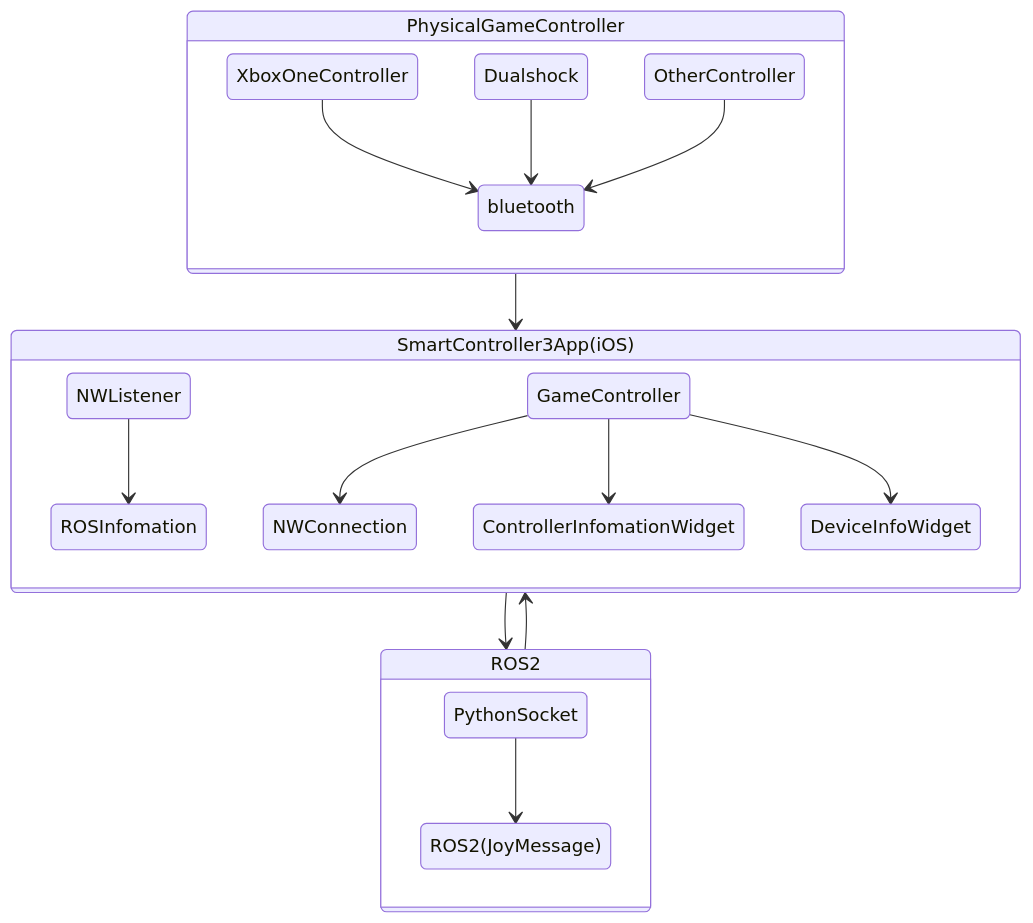
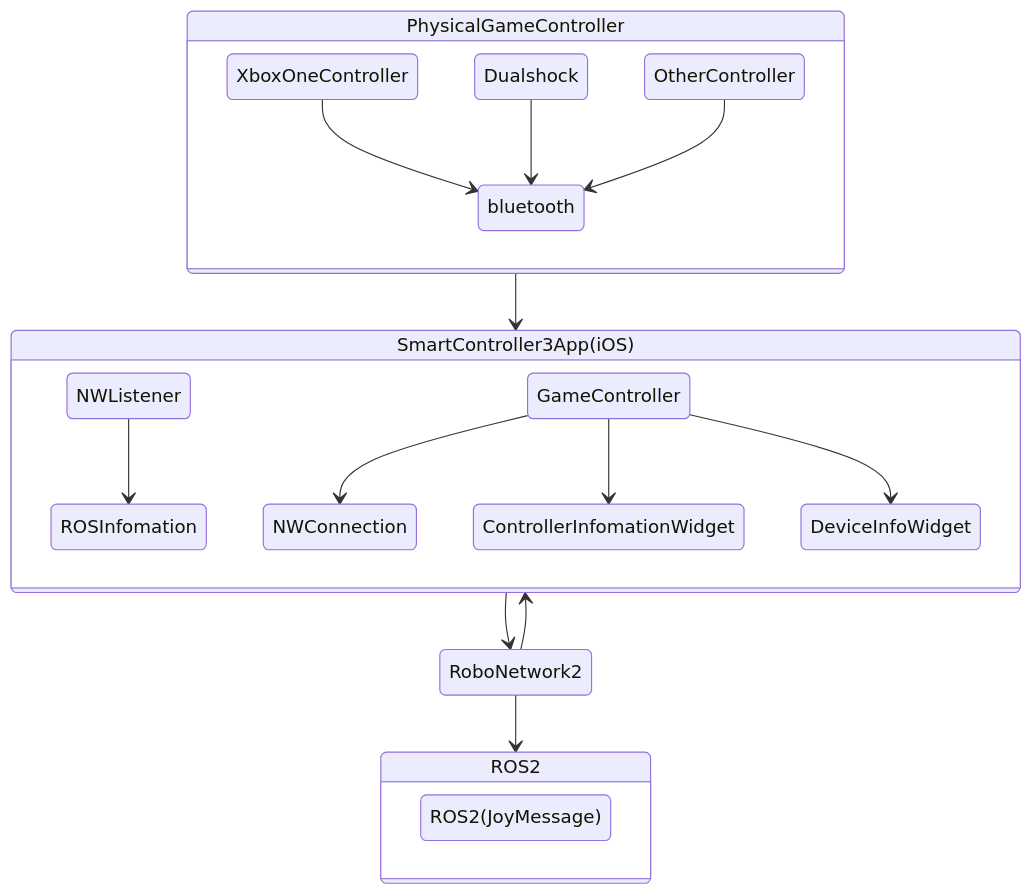
Before and after one commit to TakanoTaiga/Robo2022: the first of 2 diagrams in README.md, drawn with Mermaid.

````diff
--- a/README.md
+++ b/README.md
@@ -7,26 +7,27 @@
 ```mermaid
 stateDiagram-v2
   PhysicalGameController --> SmartController3App(iOS)
-  SmartController3App(iOS) --> ROS2
-  ROS2 --> SmartController3App(iOS)
+  SmartController3App(iOS) --> RoboNetwork2
+  RoboNetwork2 --> SmartController3App(iOS)
+  RoboNetwork2 --> ROS2
   
   state PhysicalGameController{
   XboxOneController --> bluetooth
   Dualshock --> bluetooth
   OtherController --> bluetooth
   }
 
   state SmartController3App(iOS){
   NWListener --> ROSInfomation
   GameController --> NWConnection
   GameController --> ControllerInfomationWidget
   GameController --> DeviceInfoWidget
   
   }
   state ROS2{
-  PythonSocket --> ROS2(JoyMessage)
+  ROS2(JoyMessage)
   }
  
   
 
 ```
````
